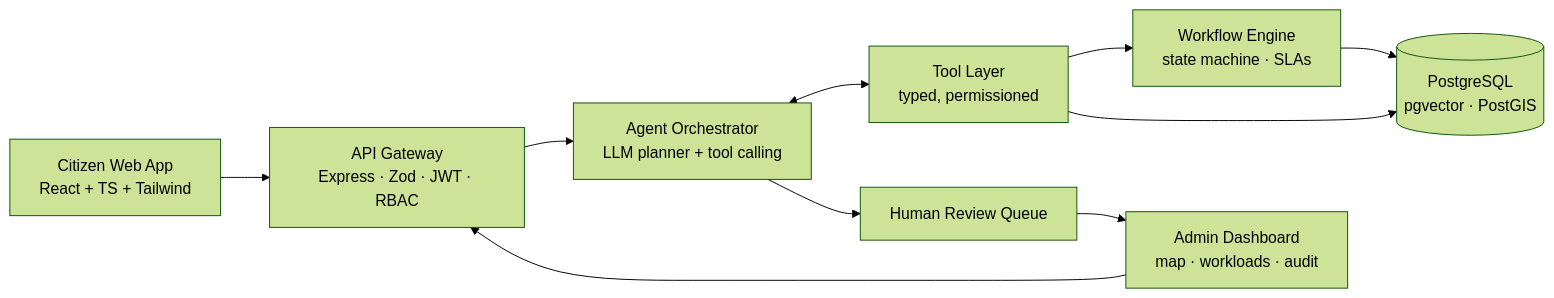
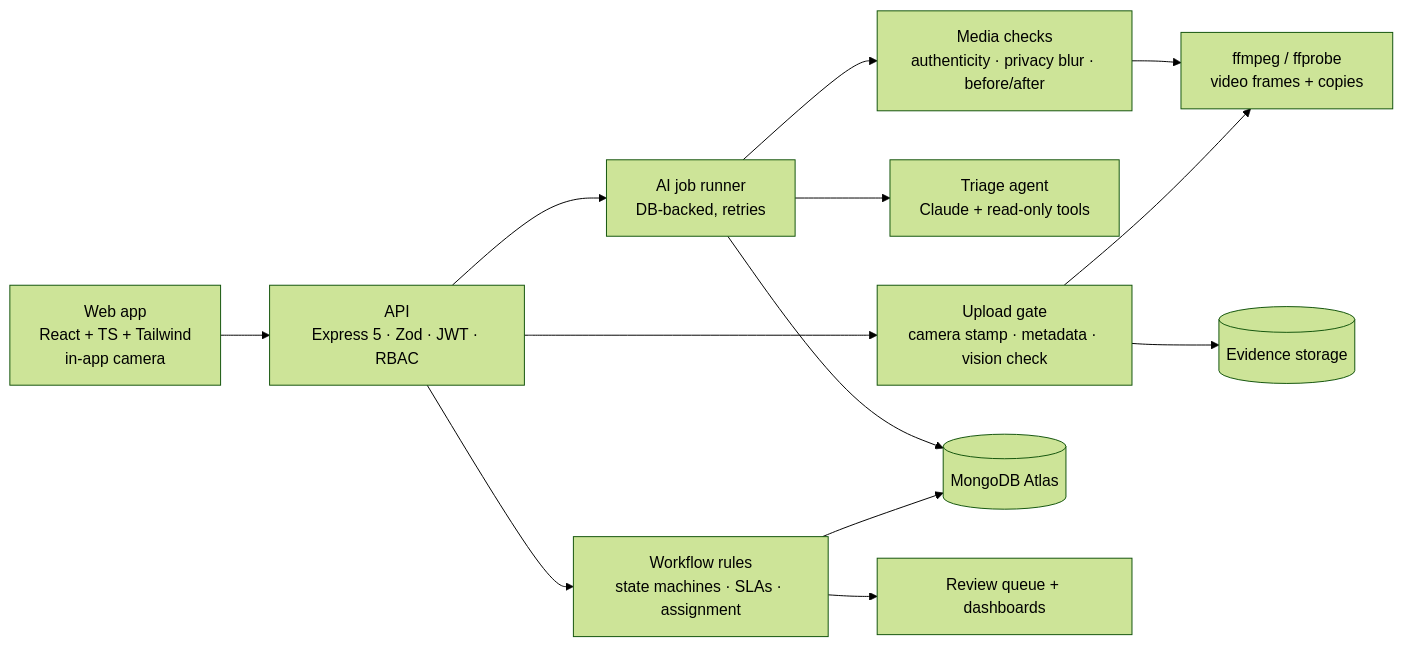
Before and after one commit to vikash-saini-000/civicfix: the diagram in README.md, drawn with Mermaid (forest theme). The commit also changed other lines of this file and 49 other files, not shown here.

Commit message:
feat:real-media evidence (camera capture, upload gate, video), location in words

````diff
--- a/README.md
+++ b/README.md
@@ -36,12 +38,15 @@
 ```mermaid
 flowchart LR
-    C[Citizen Web App<br/>React + TS + Tailwind] --> A[API Gateway<br/>Express · Zod · JWT · RBAC]
-    A --> O[Agent Orchestrator<br/>LLM planner + tool calling]
-    O <--> T[Tool Layer<br/>typed, permissioned]
-    T --> W[Workflow Engine<br/>state machine · SLAs]
-    T --> DB[(PostgreSQL<br/>pgvector · PostGIS)]
-    W --> DB
-    O --> H[Human Review Queue]
-    H --> D[Admin Dashboard<br/>map · workloads · audit]
-    D --> A
+    C[Web app<br/>React + TS + Tailwind<br/>in-app camera] --> A[API<br/>Express 5 · Zod · JWT · RBAC]
+    A --> G[Upload gate<br/>camera stamp · metadata · vision check]
+    A --> W[Workflow rules<br/>state machines · SLAs · assignment]
+    A --> J[AI job runner<br/>DB-backed, retries]
+    J --> O[Triage agent<br/>Claude + read-only tools]
+    J --> V[Media checks<br/>authenticity · privacy blur · before/after]
+    G --> F[ffmpeg / ffprobe<br/>video frames + copies]
+    V --> F
+    W --> DB[(MongoDB Atlas)]
+    J --> DB
+    G --> S[(Evidence storage)]
+    W --> H[Review queue + dashboards]
 ```
````
